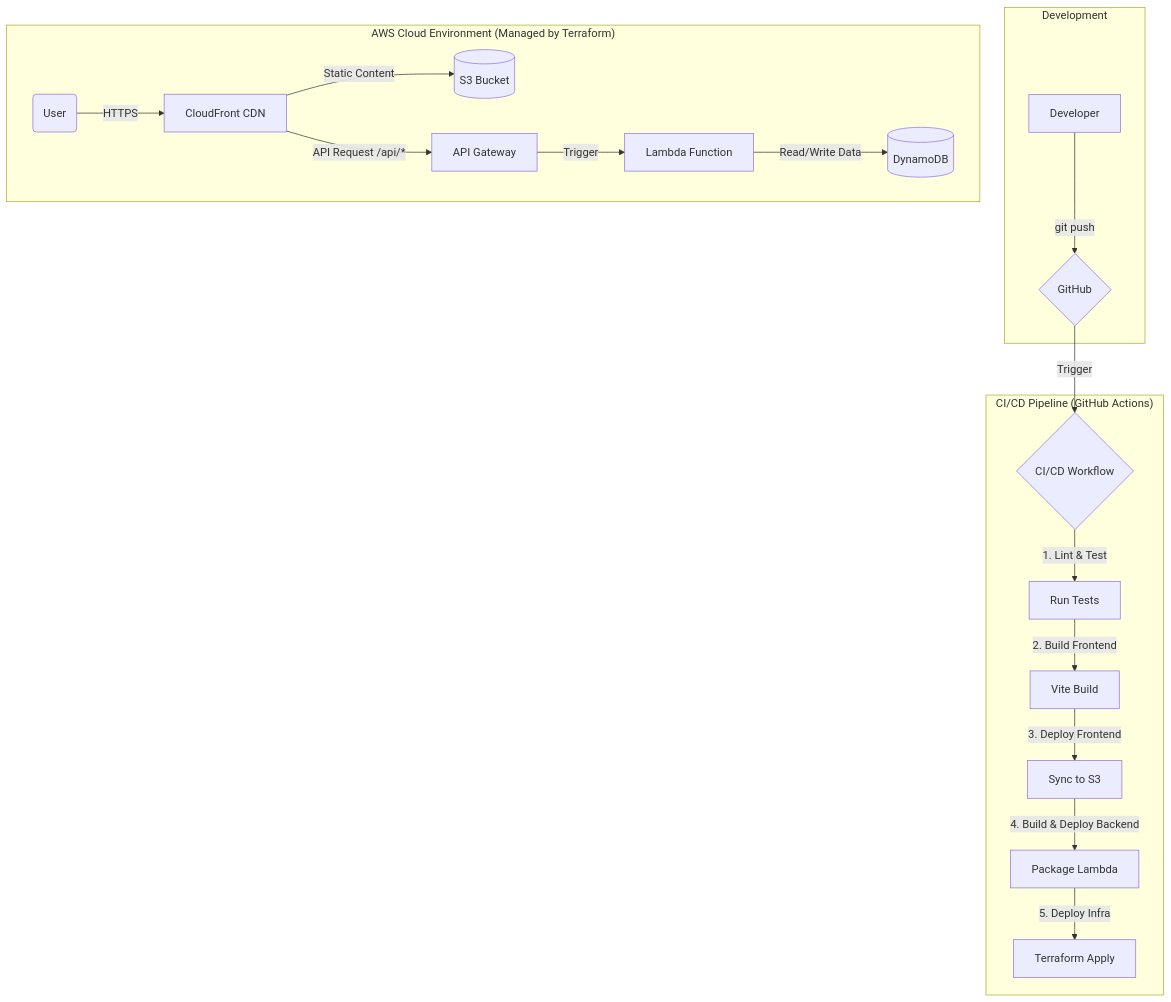
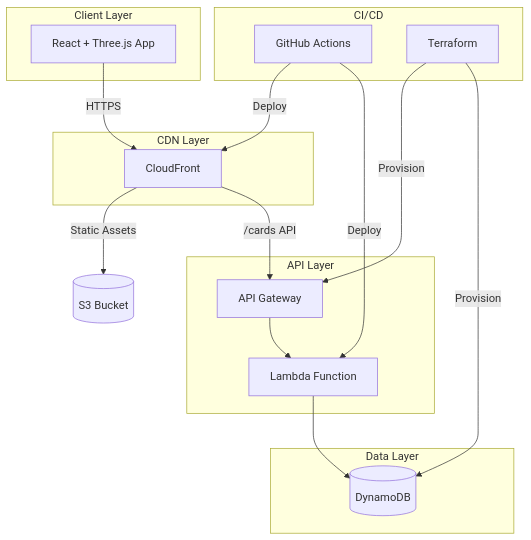
The diagram in README.md (ceparadise168/echo-tree), drawn with Mermaid before and after one commit. The commit also changed other lines of this file and 3 other files, not shown here.

````diff
--- a/README.md
+++ b/README.md
@@ -33,23 +131,35 @@
 ```mermaid
 graph TD
-    subgraph "Development"
-        A[Developer] -- "git push" --> B{GitHub}
+    subgraph "Client Layer"
+        A[React + Three.js App]
     end
 
-    subgraph "CI/CD Pipeline (GitHub Actions)"
-        B -- "Trigger" --> C{CI/CD Workflow}
-        C -- "1. Lint & Test" --> D[Run Tests]
-        D -- "2. Build Frontend" --> E[Vite Build]
-        E -- "3. Deploy Frontend" --> F[Sync to S3]
-        F -- "4. Build & Deploy Backend" --> G[Package Lambda]
-        G -- "5. Deploy Infra" --> H[Terraform Apply]
+    subgraph "CDN Layer"
+        B[CloudFront]
     end
 
-    subgraph "AWS Cloud Environment (Managed by Terraform)"
-        I(User) -- "HTTPS" --> J[CloudFront CDN]
-        J -- "Static Content" --> K[(S3 Bucket)]
-        J -- "API Request /api/*" --> L[API Gateway]
-        L -- "Trigger" --> M[Lambda Function]
-        M -- "Read/Write Data" --> N[(DynamoDB)]
+    subgraph "API Layer"
+        C[API Gateway]
+        D[Lambda Function]
     end
+
+    subgraph "Data Layer"
+        E[(DynamoDB)]
+    end
+
+    subgraph "CI/CD"
+        F[GitHub Actions]
+        G[Terraform]
+    end
+
+    A -->|HTTPS| B
+    B -->|Static Assets| H[(S3 Bucket)]
+    B -->|/cards API| C
+    C --> D
+    D --> E
+    
+    F -->|Deploy| B
+    F -->|Deploy| D
+    G -->|Provision| C
+    G -->|Provision| E
 ```
````
